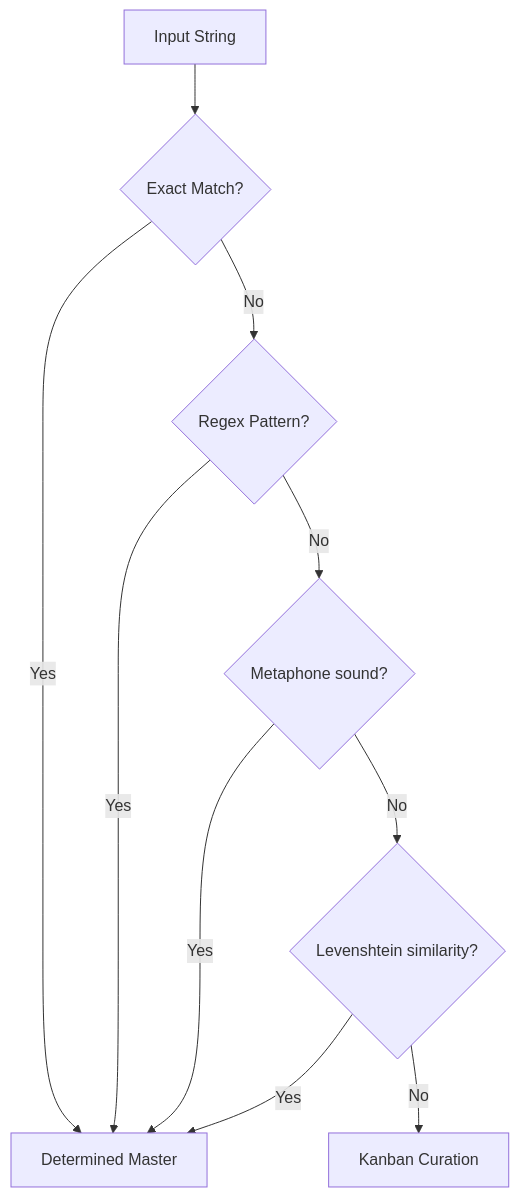
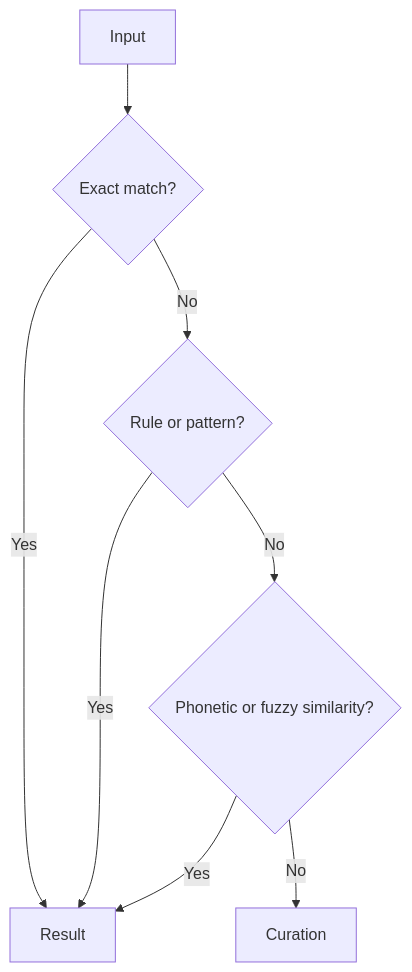
The second of 2 diagrams in README.en.md (alldevitone-maker/Genaja), drawn with Mermaid before and after one commit. The commit also changed other lines of this file, not shown here.

````diff
--- a/README.en.md
+++ b/README.en.md
@@ -62,12 +47,10 @@
 ```mermaid
 graph TD
-    Input[Input String] --> Exact{Exact Match?}
-    Exact -- Yes --> Result[Determined Master]
-    Exact -- No --> Pattern{Regex Pattern?}
-    Pattern -- Yes --> Result
-    Pattern -- No --> Phonetic{Metaphone sound?}
-    Phonetic -- Yes --> Result
-    Phonetic -- No --> Fuzzy{Levenshtein similarity?}
-    Fuzzy -- Yes --> Result
-    Fuzzy -- No --> Human[Kanban Curation]
+    A[Input] --> B{Exact match?}
+    B -->|Yes| F[Result]
+    B -->|No| C{Rule or pattern?}
+    C -->|Yes| F
+    C -->|No| D{Phonetic or fuzzy similarity?}
+    D -->|Yes| F
+    D -->|No| E[Curation]
 ```
````
